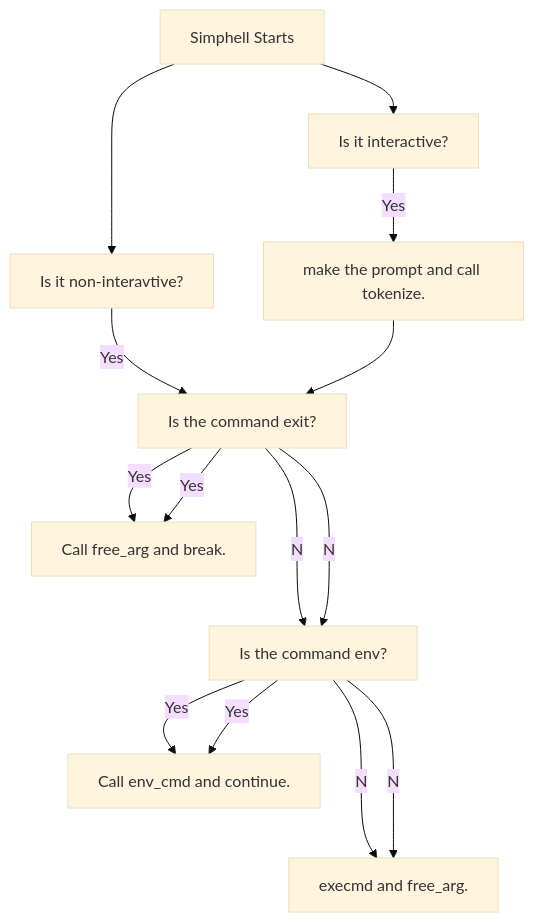
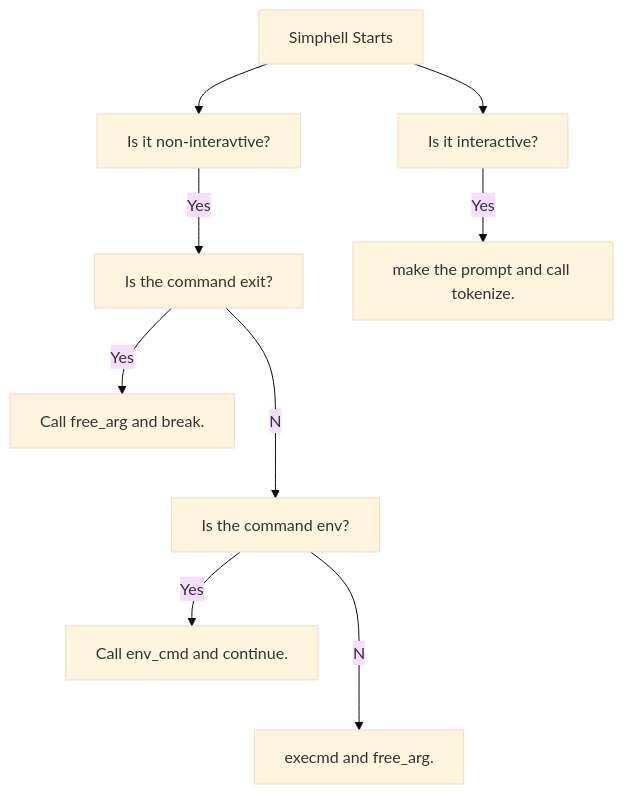
Before and after one commit to LeeWest89/MySuperRepo: the diagram in README.md, drawn with Mermaid (base theme).

````diff
--- a/README.md
+++ b/README.md
@@ -2,16 +2,11 @@
 ```mermaid
 flowchart TD;
   A[Simphell Starts]-->B[Is it interactive?];
   A-->C[Is it non-interavtive?];
   C--Yes-->D[Is the command exit?];
   D--Yes-->E[Call free_arg and break.];
   D--No-->F[Is the command env?];
   F--Yes-->G[Call env_cmd and continue.];
   F--No-->H[execmd and free_arg.];
   B--Yes-->I[make the prompt and call tokenize.];
-  I-->D;
-  D--Yes-->E;
-  D--No-->F;
-  F--Yes-->G;
-  F--No-->H
 ```
````
